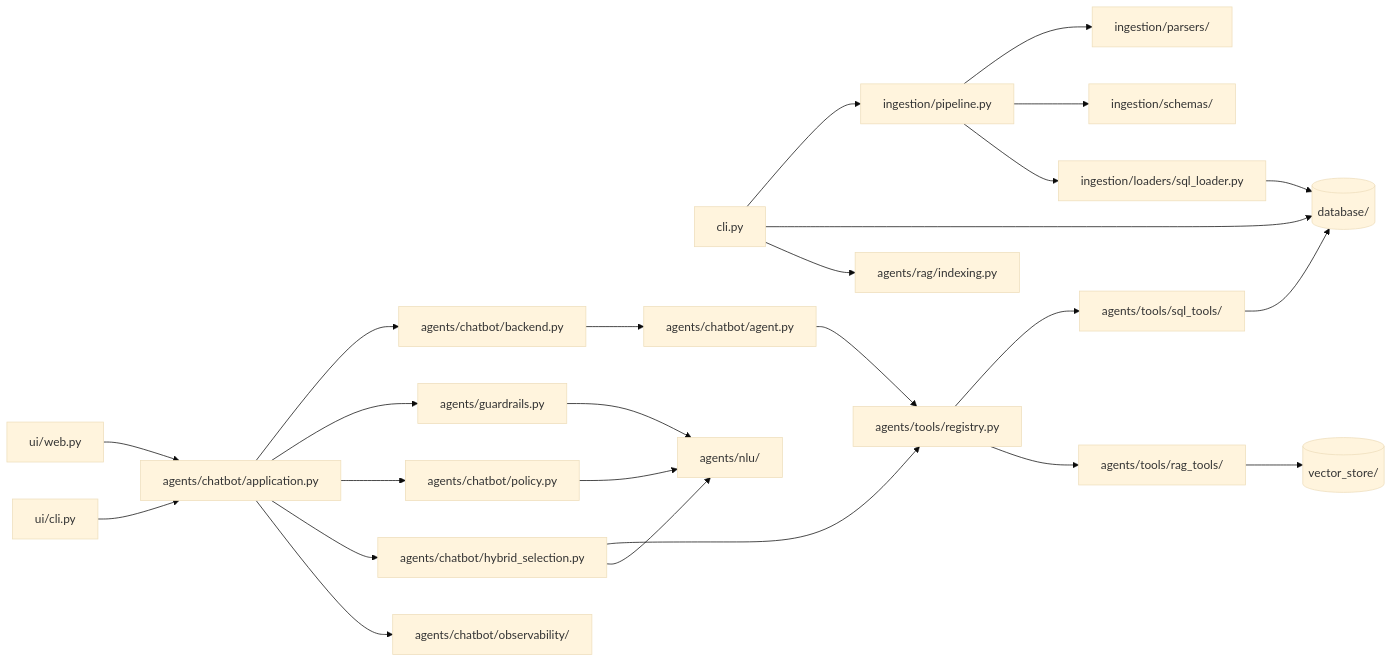
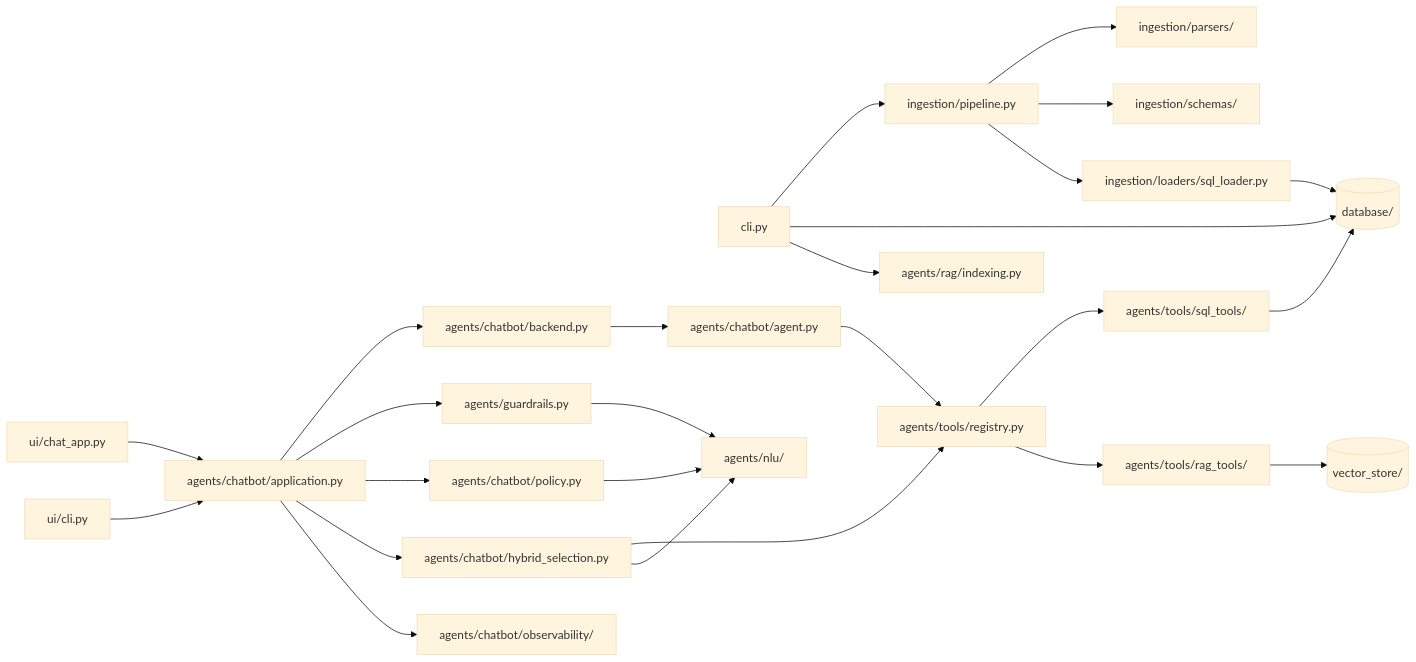
The fourth of 4 diagrams in docs/architecture.md (thenriquedb/arcos-transparente), drawn with Mermaid (base theme) before and after one commit. The commit also changed other lines of this file and 52 other files, not shown here.

````diff
--- a/docs/architecture.md
+++ b/docs/architecture.md
@@ -108,29 +108,29 @@
 ```mermaid
 graph LR
     CLI[cli.py] --> Pipeline[ingestion/pipeline.py]
     CLI --> DB[(database/)]
     CLI --> RAGIdx[agents/rag/indexing.py]
 
-    Web[ui/web.py] --> Core[agents/chatbot/application.py]
+    Web[ui/chat_app.py] --> Core[agents/chatbot/application.py]
     UICLI[ui/cli.py] --> Core
     Core --> Backend[agents/chatbot/backend.py]
     Core --> Guard[agents/guardrails.py]
     Core --> Policy[agents/chatbot/policy.py]
     Core --> HybSel[agents/chatbot/hybrid_selection.py]
     Backend --> AgentBoot[agents/chatbot/agent.py]
     AgentBoot --> Registry[agents/tools/registry.py]
     Registry --> SQLTools[agents/tools/sql_tools/]
     Registry --> RAGTool[agents/tools/rag_tools/]
     SQLTools --> DB
     RAGTool --> ChromaDB[(vector_store/)]
     HybSel --> Registry
     HybSel --> NLU[agents/nlu/]
     Guard --> NLU
     Policy --> NLU
     Core --> Observ[agents/chatbot/observability/]
 
     Pipeline --> Parsers[ingestion/parsers/]
     Pipeline --> Schemas[ingestion/schemas/]
     Pipeline --> Loader[ingestion/loaders/sql_loader.py]
     Loader --> DB
 ```
````
